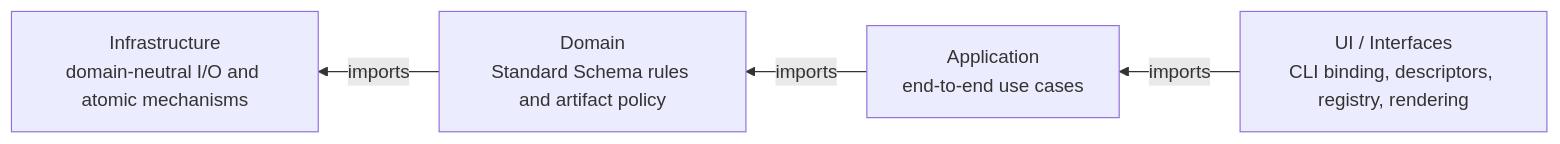
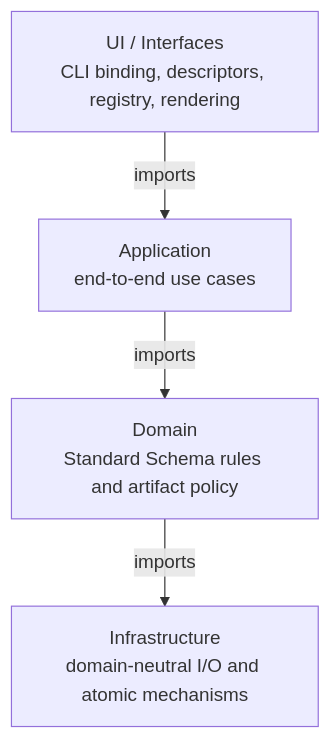
Before and after one commit to aigengame/godot-agent: the second of 4 diagrams in libs/gda-balancing/docs/ARCHITECTURE.md, drawn with Mermaid. The commit also changed other lines of this file, not shown here.

First line of the commit message:
docs(gda-balancing): clarify layered architecture flow

````diff
--- a/libs/gda-balancing/docs/ARCHITECTURE.md
+++ b/libs/gda-balancing/docs/ARCHITECTURE.md
@@ -253,11 +200,11 @@
 ```mermaid
-flowchart RL
+flowchart TD
     I["UI / Interfaces<br/>CLI binding, descriptors, registry, rendering"]
     A["Application<br/>end-to-end use cases"]
     D["Domain<br/>Standard Schema rules and artifact policy"]
     N["Infrastructure<br/>domain-neutral I/O and atomic mechanisms"]
 
     I -->|imports| A
     A -->|imports| D
     D -->|imports| N
 ```
````
